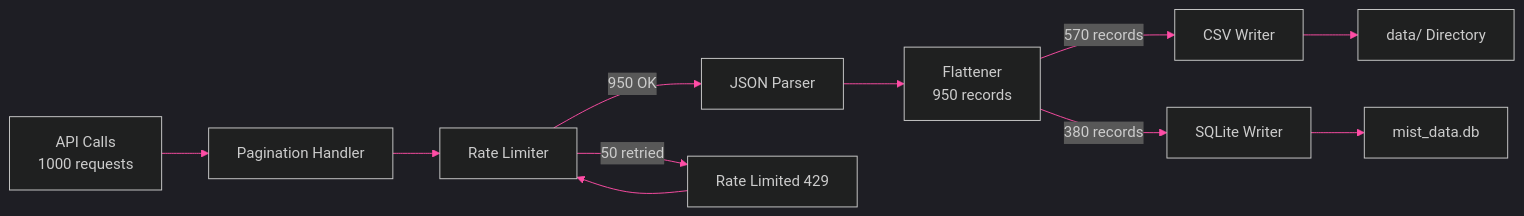
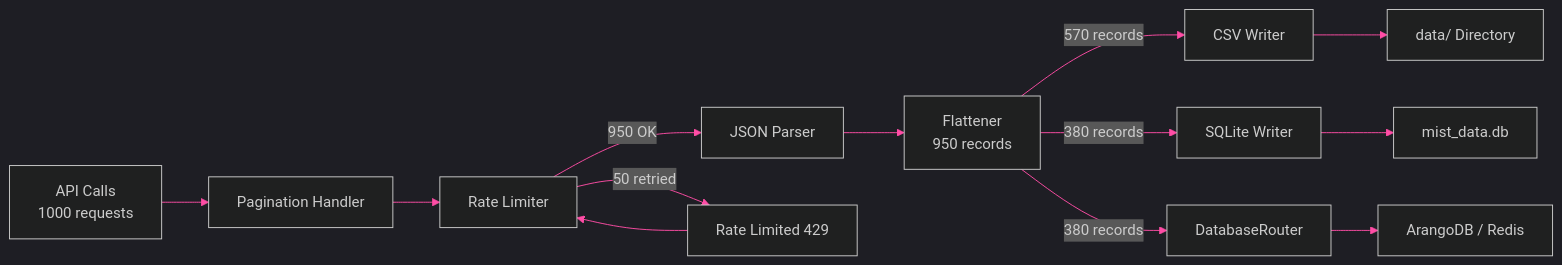
One commit to jmorrison-juniper/MistHelper changed the fourth of 5 diagrams in documentation/diagrams/operations/metrics-and-analytics.md. Above: the diagram before and after it, drawn with Mermaid. The commit also changed other lines of this file and 44 other files, not shown here.

````diff
--- a/documentation/diagrams/operations/metrics-and-analytics.md
+++ b/documentation/diagrams/operations/metrics-and-analytics.md
@@ -118,22 +118,24 @@
 ```mermaid
 %%{init: {'theme': 'dark', 'themeVariables': {
   'primaryColor': '#E20074',
   'primaryTextColor': '#E0E0E0',
   'primaryBorderColor': '#99004D',
   'lineColor': '#FF4DA6',
   'secondaryColor': '#16213E',
   'tertiaryColor': '#1A1A2E',
   'fontFamily': 'ui-monospace, monospace'
 }}}%%
 flowchart LR
     API["API Calls<br/>1000 requests"] --> PH["Pagination Handler"]
     PH --> RL["Rate Limiter"]
     RL -->|"950 OK"| JP["JSON Parser"]
     RL -->|"50 retried"| R429["Rate Limited 429"]
     R429 --> RL
     JP --> FL["Flattener<br/>950 records"]
     FL -->|"570 records"| CSV["CSV Writer"]
     FL -->|"380 records"| SQL["SQLite Writer"]
+    FL -->|"380 records"| POLY["DatabaseRouter"]
     CSV --> DIR["data/ Directory"]
     SQL --> DB["mist_data.db"]
+    POLY --> ARANGO["ArangoDB / Redis"]
 ```
````
